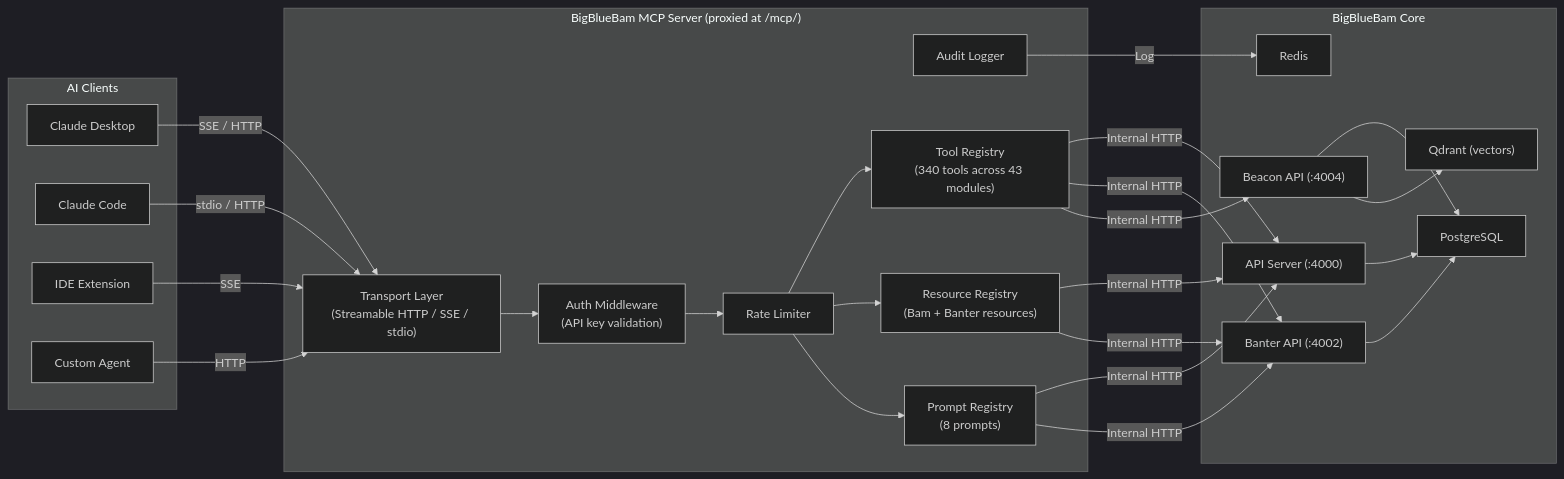
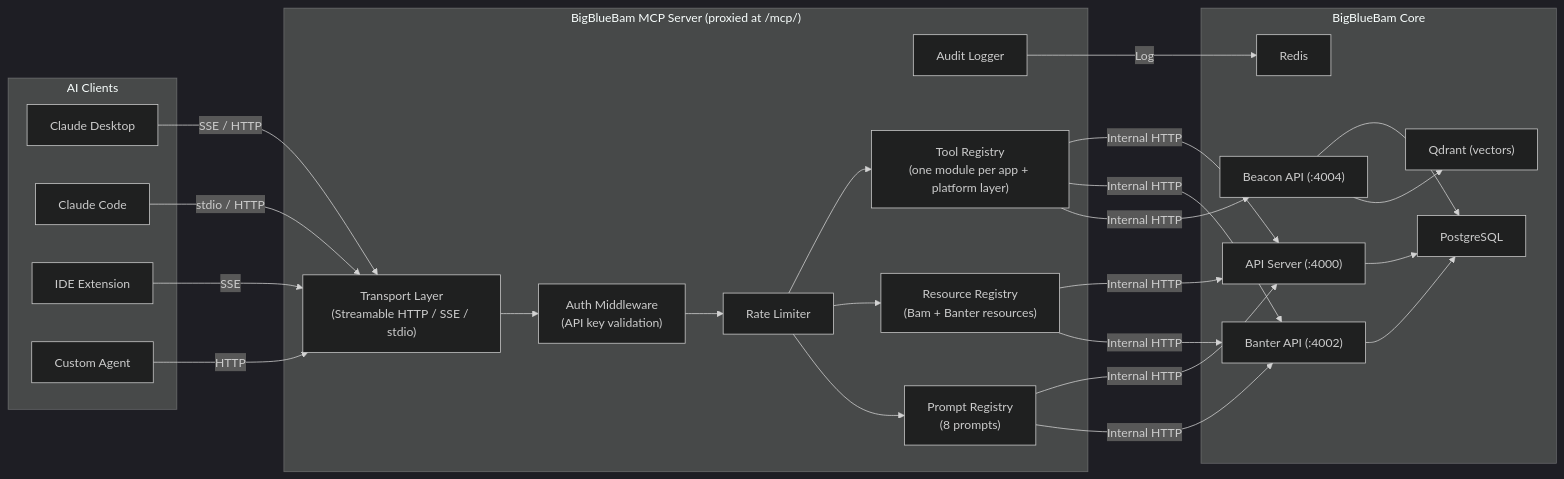
One commit to eoffermann/BigBlueBam changed the first of 4 diagrams in docs/reference/mcp-server.md. Above: the diagram before and after it, drawn with Mermaid (dark theme). The commit also changed other lines of this file and 4 other files, not shown here.

First line of the commit message:
docs: mcp-server.md and the Comprehensive Overview stop carrying stale tool and app totals

````diff
--- a/docs/reference/mcp-server.md
+++ b/docs/reference/mcp-server.md
@@ -23,52 +23,52 @@
 ```mermaid
 graph LR
     subgraph "AI Clients"
         Claude["Claude Desktop"]
         Code["Claude Code"]
         IDE["IDE Extension"]
         Agent["Custom Agent"]
     end
 
     subgraph "BigBlueBam MCP Server (proxied at /mcp/)"
         Transport["Transport Layer<br/>(Streamable HTTP / SSE / stdio)"]
         Auth["Auth Middleware<br/>(API key validation)"]
         Rate["Rate Limiter"]
         Audit["Audit Logger"]
-        Tools["Tool Registry<br/>(340 tools across 43 modules)"]
+        Tools["Tool Registry<br/>(one module per app + platform layer)"]
         Resources["Resource Registry<br/>(Bam + Banter resources)"]
         Prompts["Prompt Registry<br/>(8 prompts)"]
     end
 
     subgraph "BigBlueBam Core"
         API["API Server (:4000)"]
         BanterAPI["Banter API (:4002)"]
         BeaconAPI["Beacon API (:4004)"]
         DB["PostgreSQL"]
         Redis["Redis"]
         Qdrant["Qdrant (vectors)"]
     end
 
     Claude -->|"SSE / HTTP"| Transport
     Code -->|"stdio / HTTP"| Transport
     IDE -->|"SSE"| Transport
     Agent -->|"HTTP"| Transport
 
     Transport --> Auth
     Auth --> Rate
     Rate --> Tools
     Rate --> Resources
     Rate --> Prompts
 
     Tools -->|"Internal HTTP"| API
     Tools -->|"Internal HTTP"| BanterAPI
     Tools -->|"Internal HTTP"| BeaconAPI
     Resources -->|"Internal HTTP"| API
     Resources -->|"Internal HTTP"| BanterAPI
     Prompts -->|"Internal HTTP"| API
     Prompts -->|"Internal HTTP"| BanterAPI
     Audit -->|"Log"| Redis
     API --> DB
     BanterAPI --> DB
     BeaconAPI --> DB
     BeaconAPI --> Qdrant
 ```
````
